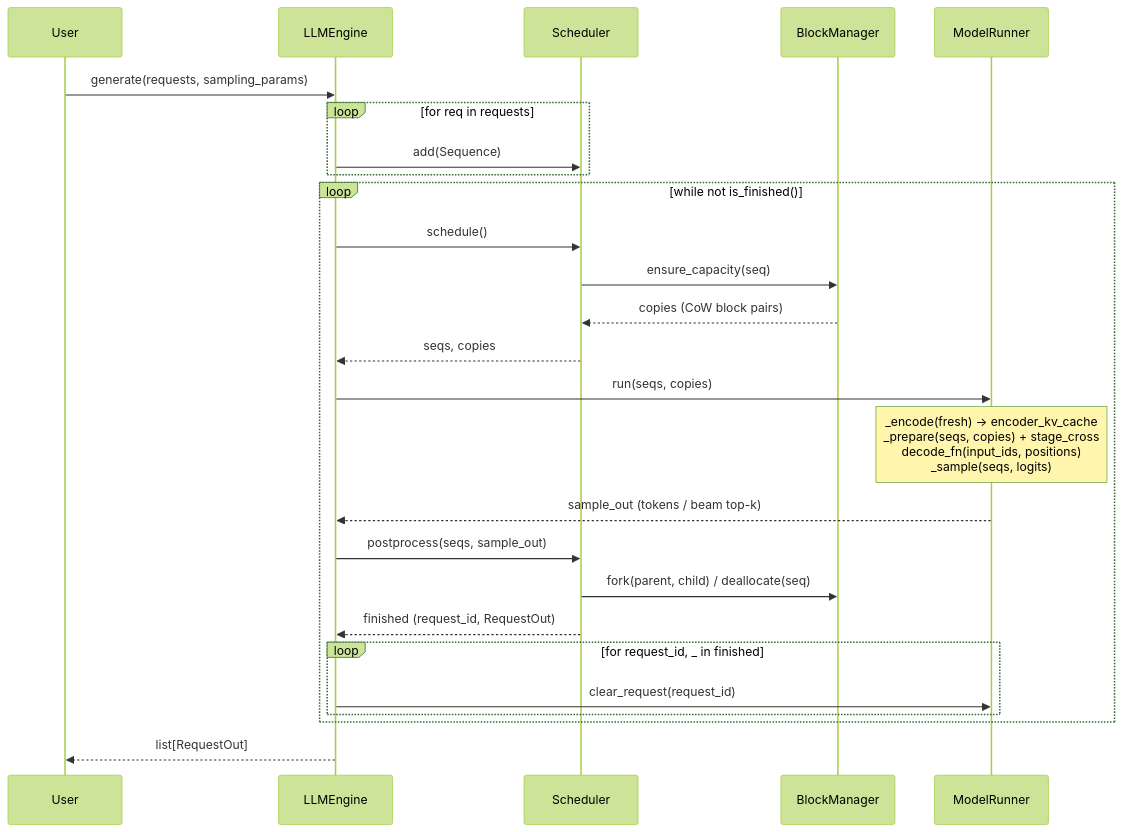
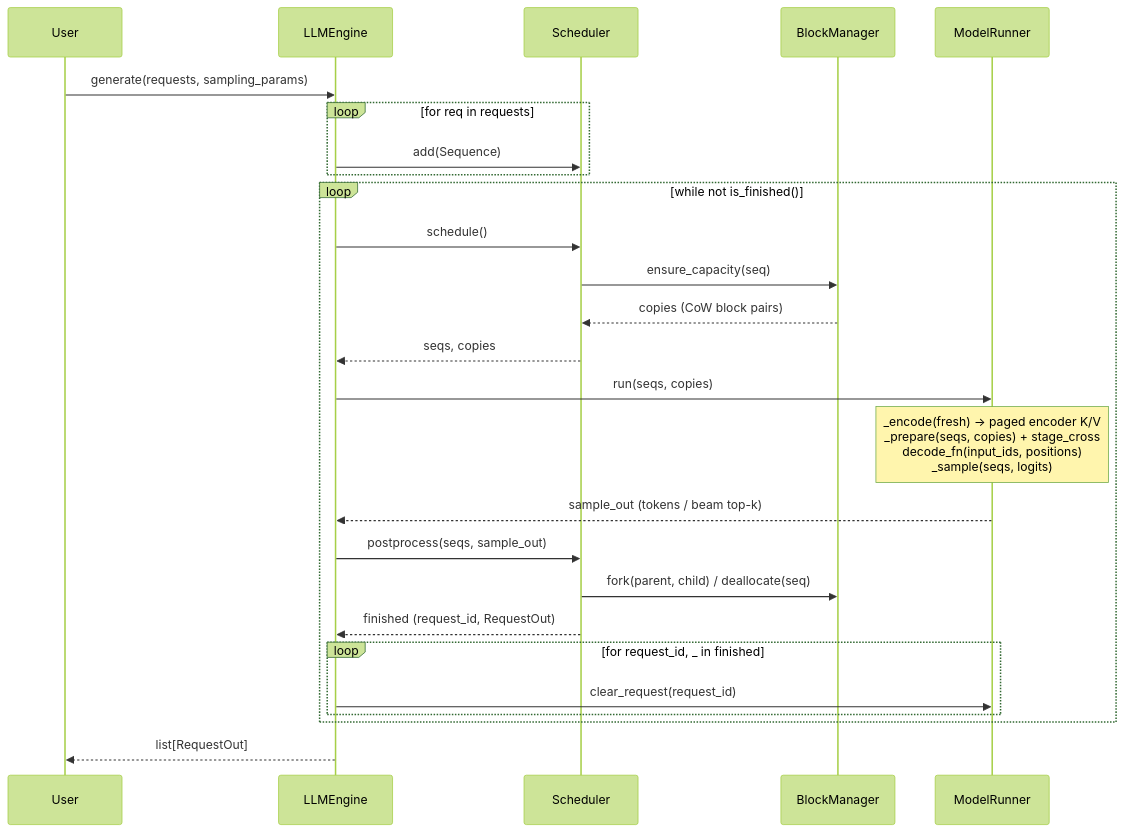
The diagram in README.md (ducviet00/vflorence), drawn with Mermaid (forest theme) before and after one commit. The commit also changed 5 other files, not shown here.

First line of the commit message:
perf: keep cross-attention K/V in a persistent paged pool

````diff
--- a/README.md
+++ b/README.md
@@ -77,29 +77,29 @@
 ```mermaid
 sequenceDiagram
     participant U as User
     participant E as LLMEngine
     participant S as Scheduler
     participant B as BlockManager
     participant R as ModelRunner
 
     U->>E: generate(requests, sampling_params)
     loop for req in requests
         E->>S: add(Sequence)
     end
     loop while not is_finished()
         E->>S: schedule()
         S->>B: ensure_capacity(seq)
         B-->>S: copies (CoW block pairs)
         S-->>E: seqs, copies
         E->>R: run(seqs, copies)
-        Note over R: _encode(fresh) -> encoder_kv_cache<br/>_prepare(seqs, copies) + stage_cross<br/>decode_fn(input_ids, positions)<br/>_sample(seqs, logits)
+        Note over R: _encode(fresh) -> paged encoder K/V<br/>_prepare(seqs, copies) + stage_cross<br/>decode_fn(input_ids, positions)<br/>_sample(seqs, logits)
         R-->>E: sample_out (tokens / beam top-k)
         E->>S: postprocess(seqs, sample_out)
         S->>B: fork(parent, child) / deallocate(seq)
         S-->>E: finished (request_id, RequestOut)
         loop for request_id, _ in finished
             E->>R: clear_request(request_id)
         end
     end
     E-->>U: list[RequestOut]
 ```
````
